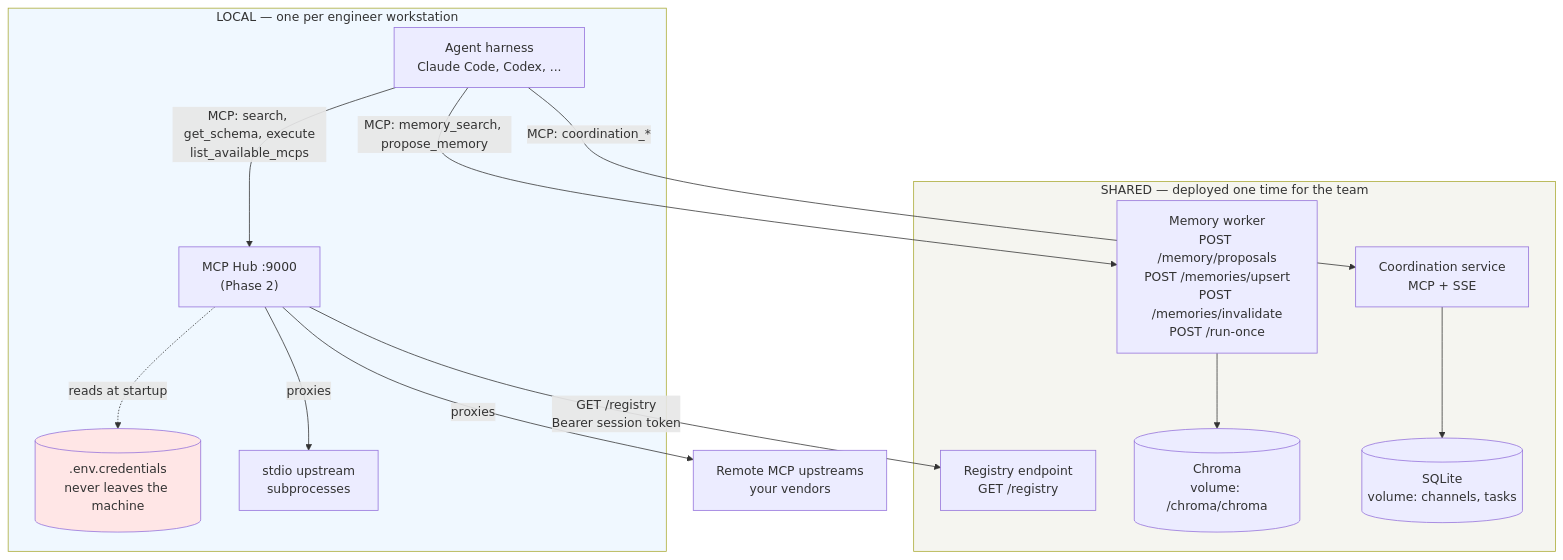
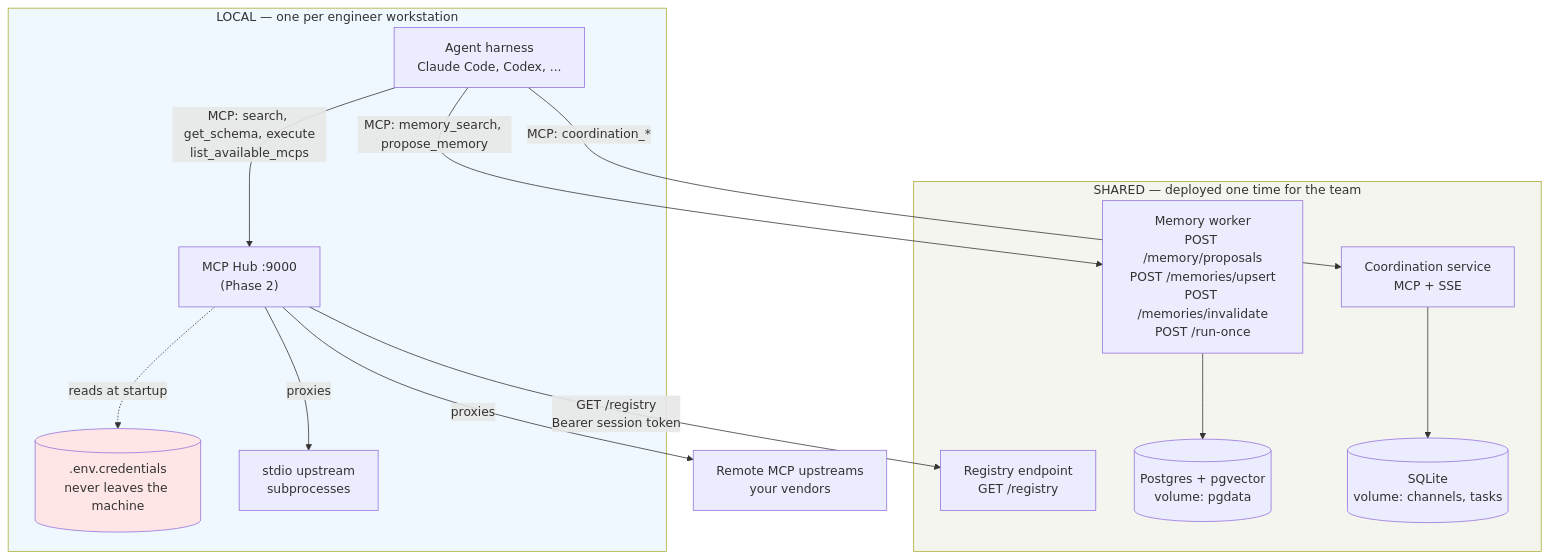
The diagram in docs/superpowers/specs/2026-08-28-wagglebot-design.md (swiknaba/wagglebot), drawn with Mermaid before and after one commit. The commit also changed other lines of this file and 3 other files, not shown here.

Commit message:
chore: swap chroma with postgres + pgvector in specs

````diff
--- a/docs/superpowers/specs/2026-08-28-wagglebot-design.md
+++ b/docs/superpowers/specs/2026-08-28-wagglebot-design.md
@@ -169,35 +169,35 @@
 ```mermaid
 graph TB
     subgraph WS["LOCAL — one per engineer workstation"]
         AGENT["Agent harness<br/>Claude Code, Codex, ..."]
         HUB["MCP Hub :9000<br/>(Phase 2)"]
         CREDS[(".env.credentials<br/>never leaves the machine")]
         STDIO["stdio upstream<br/>subprocesses"]
     end
 
     subgraph SH["SHARED — deployed one time for the team"]
         REG["Registry endpoint<br/>GET /registry"]
         MEM["Memory worker<br/>POST /memory/proposals<br/>POST /memories/upsert<br/>POST /memories/invalidate<br/>POST /run-once"]
-        CHROMA[("Chroma<br/>volume: /chroma/chroma")]
+        POSTGRES[("Postgres + pgvector<br/>volume: pgdata")]
         COORD["Coordination service<br/>MCP + SSE"]
         SQLITE[("SQLite<br/>volume: channels, tasks")]
     end
 
     REMOTE["Remote MCP upstreams<br/>your vendors"]
 
     AGENT -->|"MCP: search, get_schema, execute<br/>list_available_mcps"| HUB
     AGENT -->|"MCP: memory_search, propose_memory"| MEM
     AGENT -->|"MCP: coordination_*"| COORD
 
     HUB -.->|reads at startup| CREDS
     HUB -->|"GET /registry<br/>Bearer session token"| REG
     HUB -->|proxies| REMOTE
     HUB -->|proxies| STDIO
 
-    MEM --> CHROMA
+    MEM --> POSTGRES
     COORD --> SQLITE
 
     style CREDS fill:#ffe6e6
     style WS fill:#f0f8ff
     style SH fill:#f5f5f0
 ```
````
